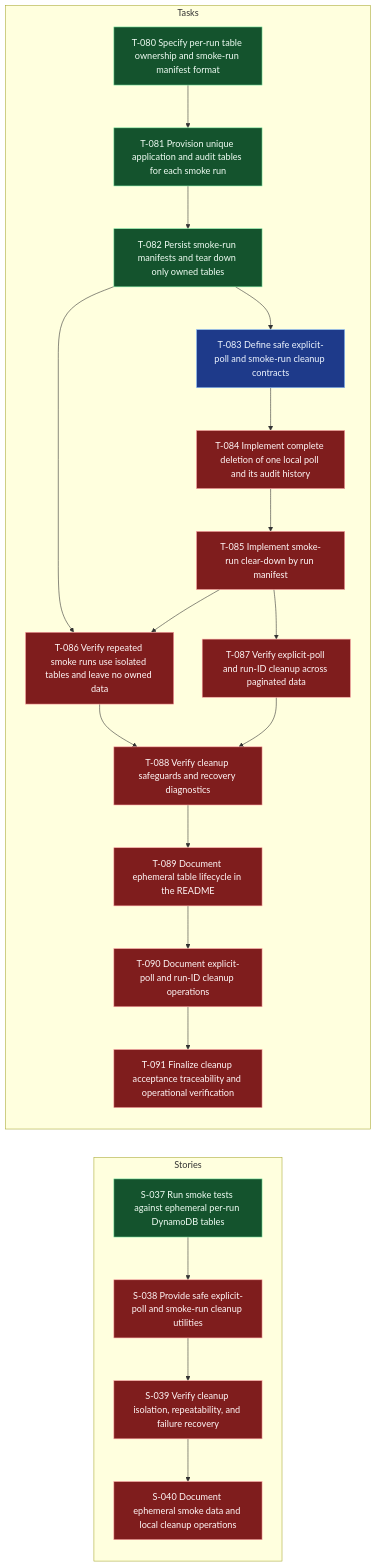
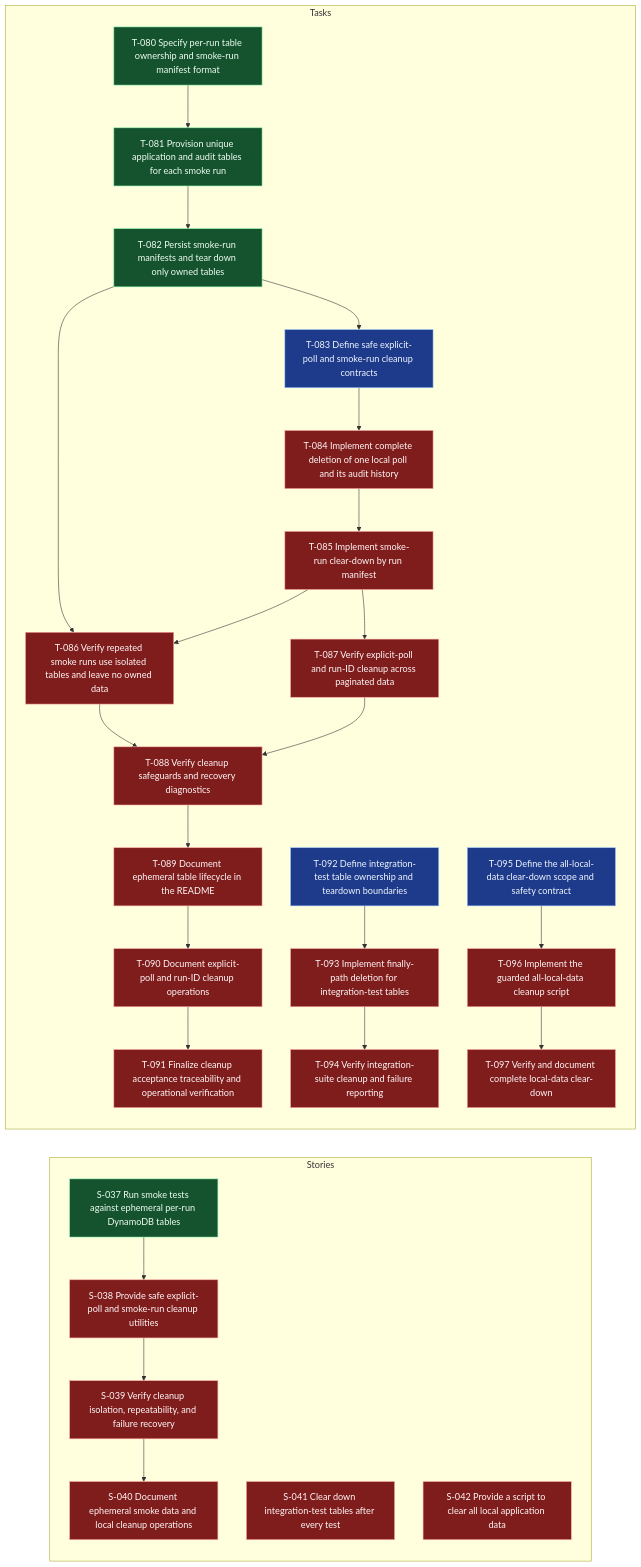
The diagram in .worktracker/graphs/E-011.mmd (andybalham/invite-agent), drawn with Mermaid before and after one commit. The commit also changed 14 other files, not shown here.

Commit message:
feat(cleanup): add integration-test table cleanup and local data clear-down scripts

```diff
--- a/.worktracker/graphs/E-011.mmd
+++ b/.worktracker/graphs/E-011.mmd
@@ -1,58 +1,78 @@
 graph LR
   classDef done fill:#14532d,stroke:#86efac,color:#f0fdf4;
   classDef blocked fill:#7f1d1d,stroke:#fca5a5,color:#fff7f7;
   classDef inprogress fill:#78350f,stroke:#fbbf24,color:#fffbeb;
   classDef todo fill:#1e3a8a,stroke:#93c5fd,color:#eff6ff;
   classDef empty fill:#374151,stroke:#d1d5db,color:#f9fafb,stroke-dasharray: 3 3;
   subgraph Stories
     S037["S-037 Run smoke tests against ephemeral per-run DynamoDB tables"]:::done
     S038["S-038 Provide safe explicit-poll and smoke-run cleanup utilities"]:::blocked
     S039["S-039 Verify cleanup isolation, repeatability, and failure recovery"]:::blocked
     S040["S-040 Document ephemeral smoke data and local cleanup operations"]:::blocked
+    S041["S-041 Clear down integration-test tables after every test"]:::blocked
+    S042["S-042 Provide a script to clear all local application data"]:::blocked
     S037 --> S038
     S038 --> S039
     S039 --> S040
   end
   subgraph Tasks
     T080["T-080 Specify per-run table ownership and smoke-run manifest format"]:::done
     T081["T-081 Provision unique application and audit tables for each smoke run"]:::done
     T082["T-082 Persist smoke-run manifests and tear down only owned tables"]:::done
     T083["T-083 Define safe explicit-poll and smoke-run cleanup contracts"]:::todo
     T084["T-084 Implement complete deletion of one local poll and its audit history"]:::blocked
     T085["T-085 Implement smoke-run clear-down by run manifest"]:::blocked
     T086["T-086 Verify repeated smoke runs use isolated tables and leave no owned data"]:::blocked
     T087["T-087 Verify explicit-poll and run-ID cleanup across paginated data"]:::blocked
     T088["T-088 Verify cleanup safeguards and recovery diagnostics"]:::blocked
     T089["T-089 Document ephemeral table lifecycle in the README"]:::blocked
     T090["T-090 Document explicit-poll and run-ID cleanup operations"]:::blocked
     T091["T-091 Finalize cleanup acceptance traceability and operational verification"]:::blocked
+    T092["T-092 Define integration-test table ownership and teardown boundaries"]:::todo
+    T093["T-093 Implement finally-path deletion for integration-test tables"]:::blocked
+    T094["T-094 Verify integration-suite cleanup and failure reporting"]:::blocked
+    T095["T-095 Define the all-local-data clear-down scope and safety contract"]:::todo
+    T096["T-096 Implement the guarded all-local-data cleanup script"]:::blocked
+    T097["T-097 Verify and document complete local-data clear-down"]:::blocked
     T080 --> T081
     T081 --> T082
     T082 --> T083
     T082 --> T086
     T083 --> T084
     T084 --> T085
     T085 --> T086
     T085 --> T087
     T086 --> T088
     T087 --> T088
     T088 --> T089
     T089 --> T090
     T090 --> T091
+    T092 --> T093
+    T093 --> T094
+    T095 --> T096
+    T096 --> T097
   end
   click S037 "../entities/S-037-run-smoke-tests-against-ephemeral-per-run-dynamodb-tables.md"
   click S038 "../entities/S-038-provide-safe-explicit-poll-and-smoke-run-cleanup-utilities.md"
   click S039 "../entities/S-039-verify-cleanup-isolation-repeatability-and-failure-recovery.md"
   click S040 "../entities/S-040-document-ephemeral-smoke-data-and-local-cleanup-operations.md"
+  click S041 "../entities/S-041-clear-down-integration-test-tables-after-every-test.md"
+  click S042 "../entities/S-042-provide-a-script-to-clear-all-local-application-data.md"
   click T080 "../entities/T-080-specify-per-run-table-ownership-and-smoke-run-manifest-format.md"
   click T081 "../entities/T-081-provision-unique-application-and-audit-tables-for-each-smoke-run.md"
   click T082 "../entities/T-082-persist-smoke-run-manifests-and-tear-down-only-owned-tables.md"
   click T083 "../entities/T-083-define-safe-explicit-poll-and-smoke-run-cleanup-contracts.md"
   click T084 "../entities/T-084-implement-complete-deletion-of-one-local-poll-and-its-audit-history.md"
   click T085 "../entities/T-085-implement-smoke-run-clear-down-by-run-manifest.md"
   click T086 "../entities/T-086-verify-repeated-smoke-runs-use-isolated-tables-and-leave-no-owned-data.md"
   click T087 "../entities/T-087-verify-explicit-poll-and-run-id-cleanup-across-paginated-data.md"
   click T088 "../entities/T-088-verify-cleanup-safeguards-and-recovery-diagnostics.md"
   click T089 "../entities/T-089-document-ephemeral-table-lifecycle-in-the-readme.md"
   click T090 "../entities/T-090-document-explicit-poll-and-run-id-cleanup-operations.md"
   click T091 "../entities/T-091-finalize-cleanup-acceptance-traceability-and-operational-verification.md"
+  click T092 "../entities/T-092-define-integration-test-table-ownership-and-teardown-boundaries.md"
+  click T093 "../entities/T-093-implement-finally-path-deletion-for-integration-test-tables.md"
+  click T094 "../entities/T-094-verify-integration-suite-cleanup-and-failure-reporting.md"
+  click T095 "../entities/T-095-define-the-all-local-data-clear-down-scope-and-safety-contract.md"
+  click T096 "../entities/T-096-implement-the-guarded-all-local-data-cleanup-script.md"
+  click T097 "../entities/T-097-verify-and-document-complete-local-data-clear-down.md"
```
